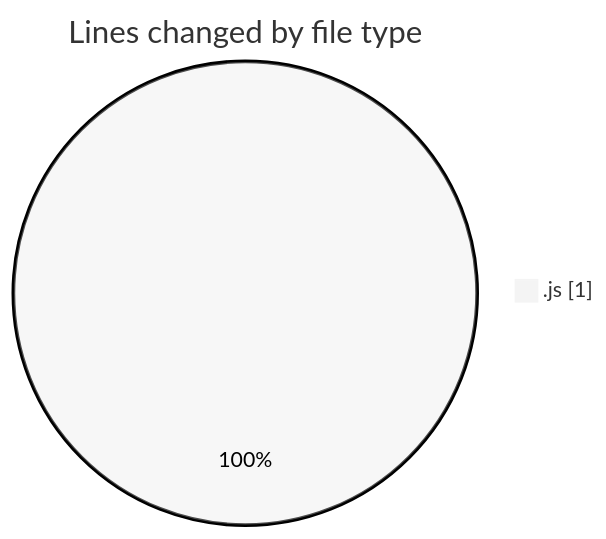
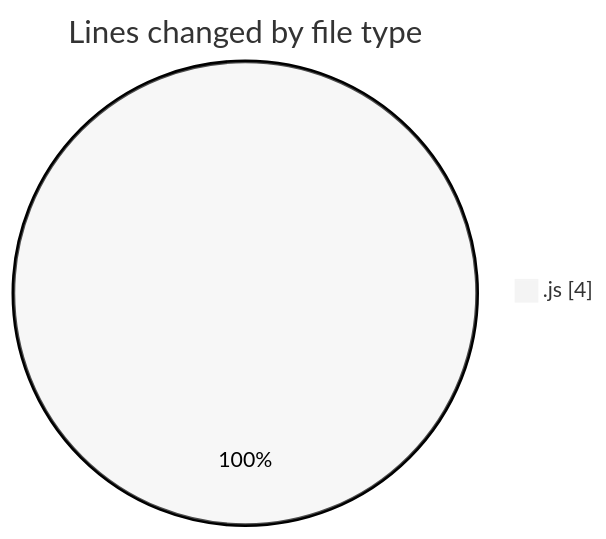
One commit to Ritupan-Deka/code-tracking changed the first of 2 diagrams in 2025-07-28/javascript/README.md. Above: the diagram before and after it, drawn with Mermaid (neutral theme). The commit also changed other lines of this file and 1 other file, not shown here.

````diff
--- a/2025-07-28/javascript/README.md
+++ b/2025-07-28/javascript/README.md
@@ -20,5 +20,5 @@
 ```mermaid
 pie showData
 title Lines changed by file type
-".js" : 1
+".js" : 4
 ```
````
